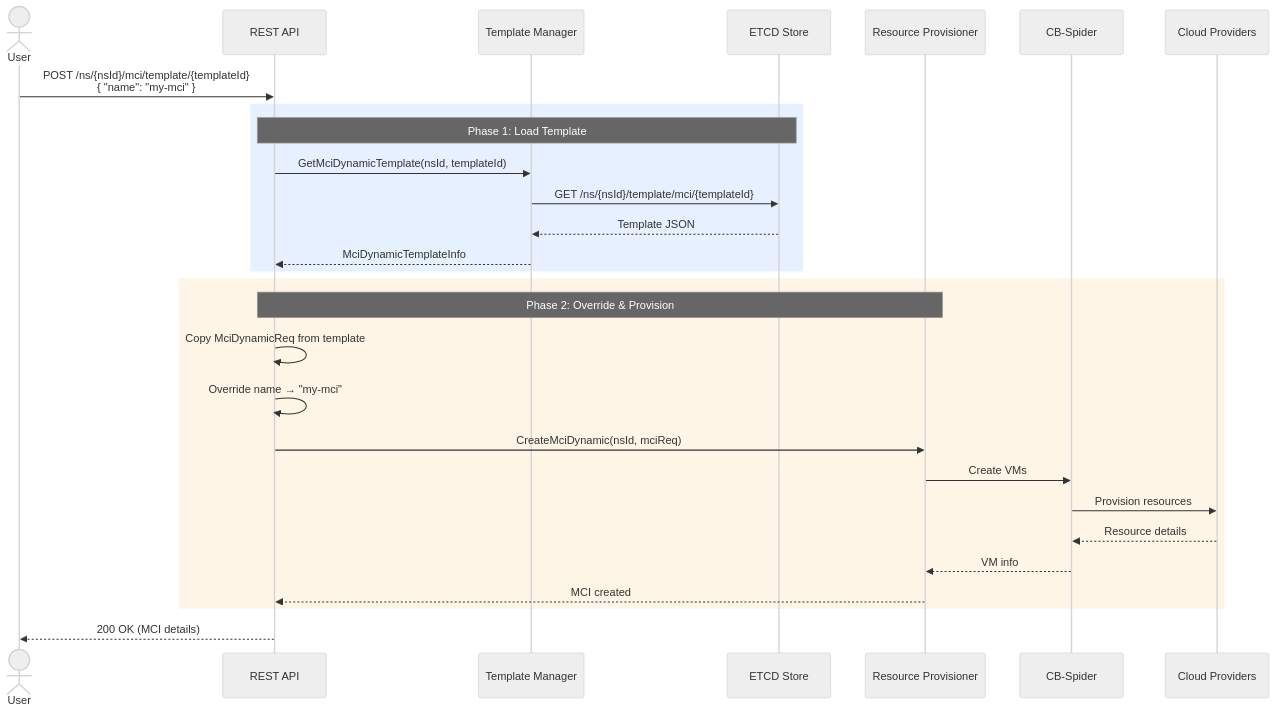
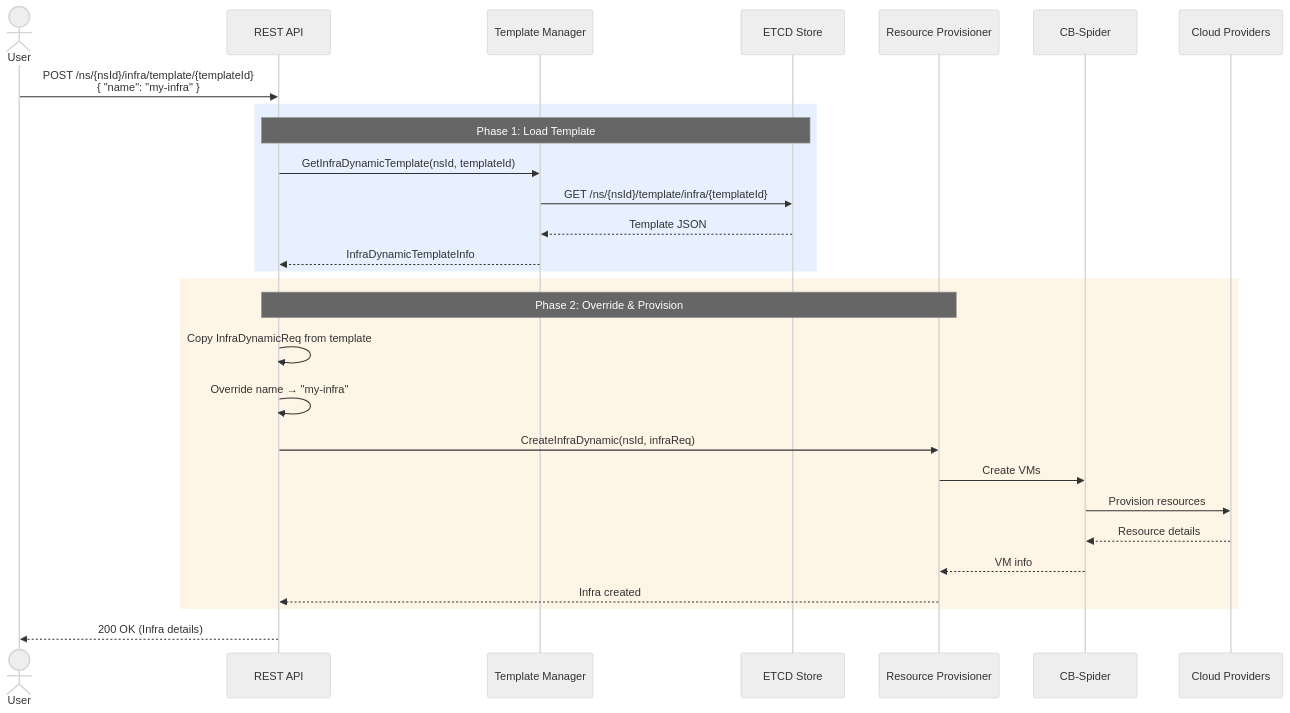
Before and after one commit to cloud-barista/cb-tumblebug: the second of 5 diagrams in docs/feature_guide/resource-template-management.md, drawn with Mermaid (neutral theme). The commit also changed other lines of this file and 197 other files, not shown here.

````diff
--- a/docs/feature_guide/resource-template-management.md
+++ b/docs/feature_guide/resource-template-management.md
@@ -175,34 +175,34 @@
 ```mermaid
 sequenceDiagram
     actor User
     participant API as REST API
     participant TplMgr as Template Manager
     participant ETCD as ETCD Store
     participant Provisioner as Resource Provisioner
     participant Spider as CB-Spider
     participant CSP as Cloud Providers
 
-    User->>API: POST /ns/{nsId}/mci/template/{templateId}<br/>{ "name": "my-mci" }
+    User->>API: POST /ns/{nsId}/infra/template/{templateId}<br/>{ "name": "my-infra" }
 
     rect rgb(230, 240, 255)
         Note over API,ETCD: Phase 1: Load Template
-        API->>TplMgr: GetMciDynamicTemplate(nsId, templateId)
-        TplMgr->>ETCD: GET /ns/{nsId}/template/mci/{templateId}
+        API->>TplMgr: GetInfraDynamicTemplate(nsId, templateId)
+        TplMgr->>ETCD: GET /ns/{nsId}/template/infra/{templateId}
         ETCD-->>TplMgr: Template JSON
-        TplMgr-->>API: MciDynamicTemplateInfo
+        TplMgr-->>API: InfraDynamicTemplateInfo
     end
 
     rect rgb(255, 245, 230)
         Note over API,Provisioner: Phase 2: Override & Provision
-        API->>API: Copy MciDynamicReq from template
-        API->>API: Override name → "my-mci"
-        API->>Provisioner: CreateMciDynamic(nsId, mciReq)
+        API->>API: Copy InfraDynamicReq from template
+        API->>API: Override name → "my-infra"
+        API->>Provisioner: CreateInfraDynamic(nsId, infraReq)
         Provisioner->>Spider: Create VMs
         Spider->>CSP: Provision resources
         CSP-->>Spider: Resource details
         Spider-->>Provisioner: VM info
-        Provisioner-->>API: MCI created
+        Provisioner-->>API: Infra created
     end
 
-    API-->>User: 200 OK (MCI details)
+    API-->>User: 200 OK (Infra details)
 ```
````
